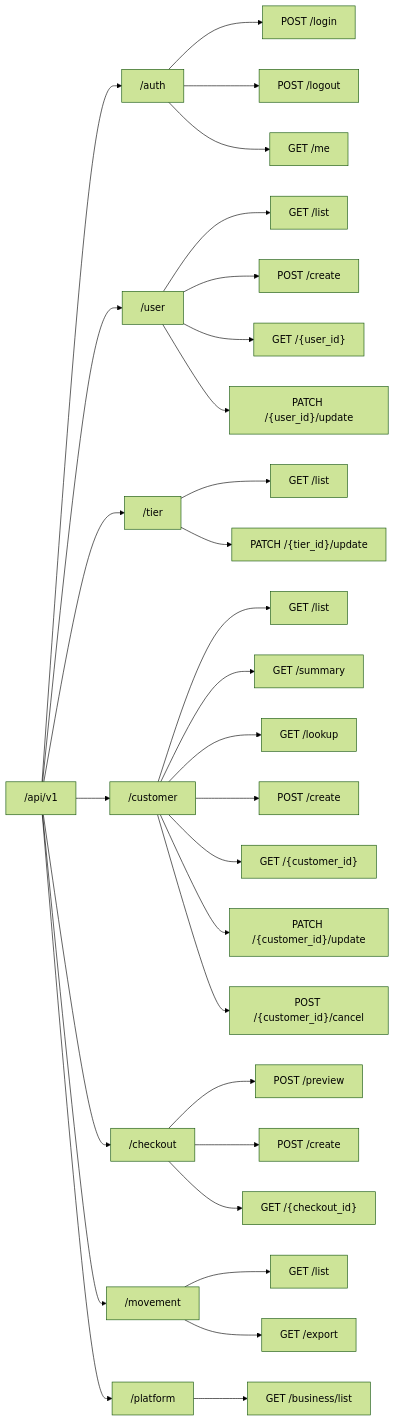
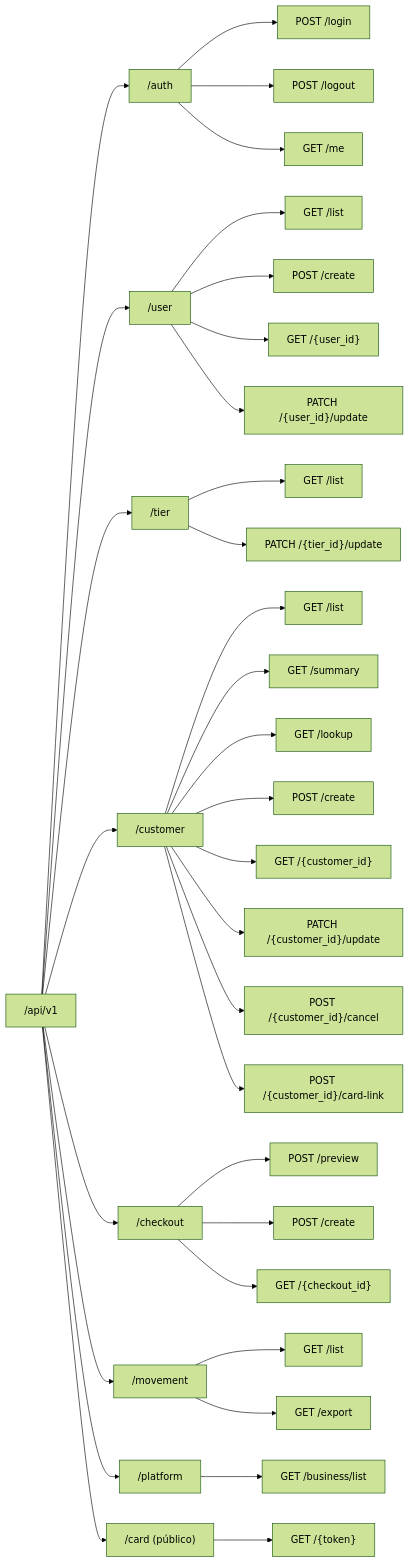
The sixth of 13 diagrams in docs/ARCHITECTURE.md (AGA-Studio/Member-Web), drawn with Mermaid (forest theme) before and after one commit. The commit also changed other lines of this file and 1 other file, not shown here.

````diff
--- a/docs/ARCHITECTURE.md
+++ b/docs/ARCHITECTURE.md
@@ -369,39 +399,43 @@
 ```mermaid
 flowchart LR
     ROOT["/api/v1"] --> AUTH["/auth"]
     ROOT --> USER["/user"]
     ROOT --> TIER["/tier"]
     ROOT --> CUST["/customer"]
     ROOT --> CHK["/checkout"]
     ROOT --> MOV["/movement"]
     ROOT --> PLAT["/platform"]
+    ROOT --> CARD["/card (público)"]
 
     AUTH --> L["POST /login"]
     AUTH --> LO["POST /logout"]
     AUTH --> ME["GET /me"]
 
     USER --> UL["GET /list"]
     USER --> UC["POST /create"]
     USER --> UG["GET /{user_id}"]
     USER --> UU["PATCH /{user_id}/update"]
 
     TIER --> TL["GET /list"]
     TIER --> TU["PATCH /{tier_id}/update"]
 
     CUST --> CL["GET /list"]
     CUST --> CS["GET /summary"]
     CUST --> CK["GET /lookup"]
     CUST --> CC["POST /create"]
     CUST --> CG["GET /{customer_id}"]
     CUST --> CU["PATCH /{customer_id}/update"]
     CUST --> CX["POST /{customer_id}/cancel"]
+    CUST --> CLK["POST /{customer_id}/card-link"]
 
     CHK --> KP["POST /preview"]
     CHK --> KC["POST /create"]
     CHK --> KG["GET /{checkout_id}"]
 
     MOV --> VL["GET /list"]
     MOV --> VE["GET /export"]
 
     PLAT --> PB["GET /business/list"]
+
+    CARD --> DG["GET /{token}"]
 ```
````
